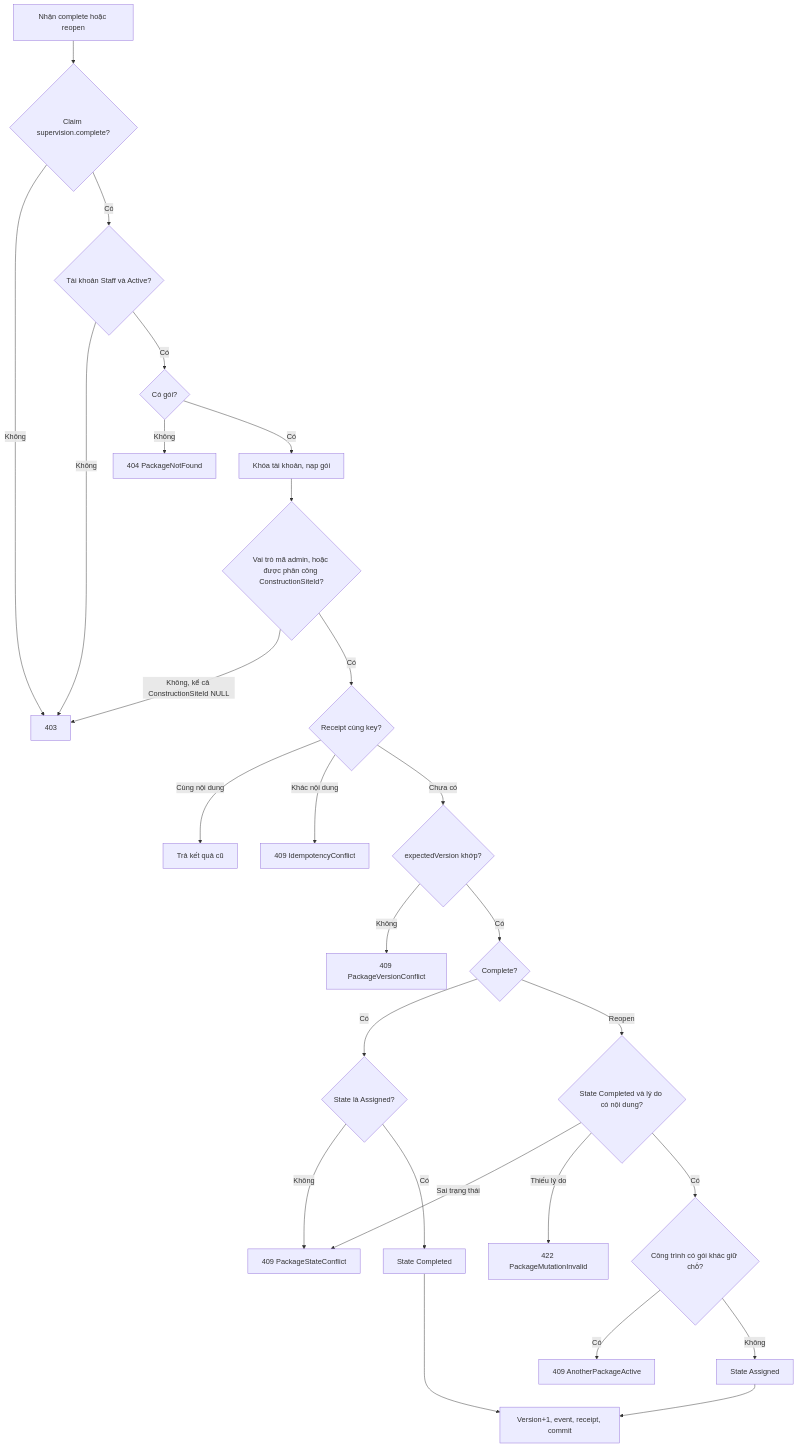
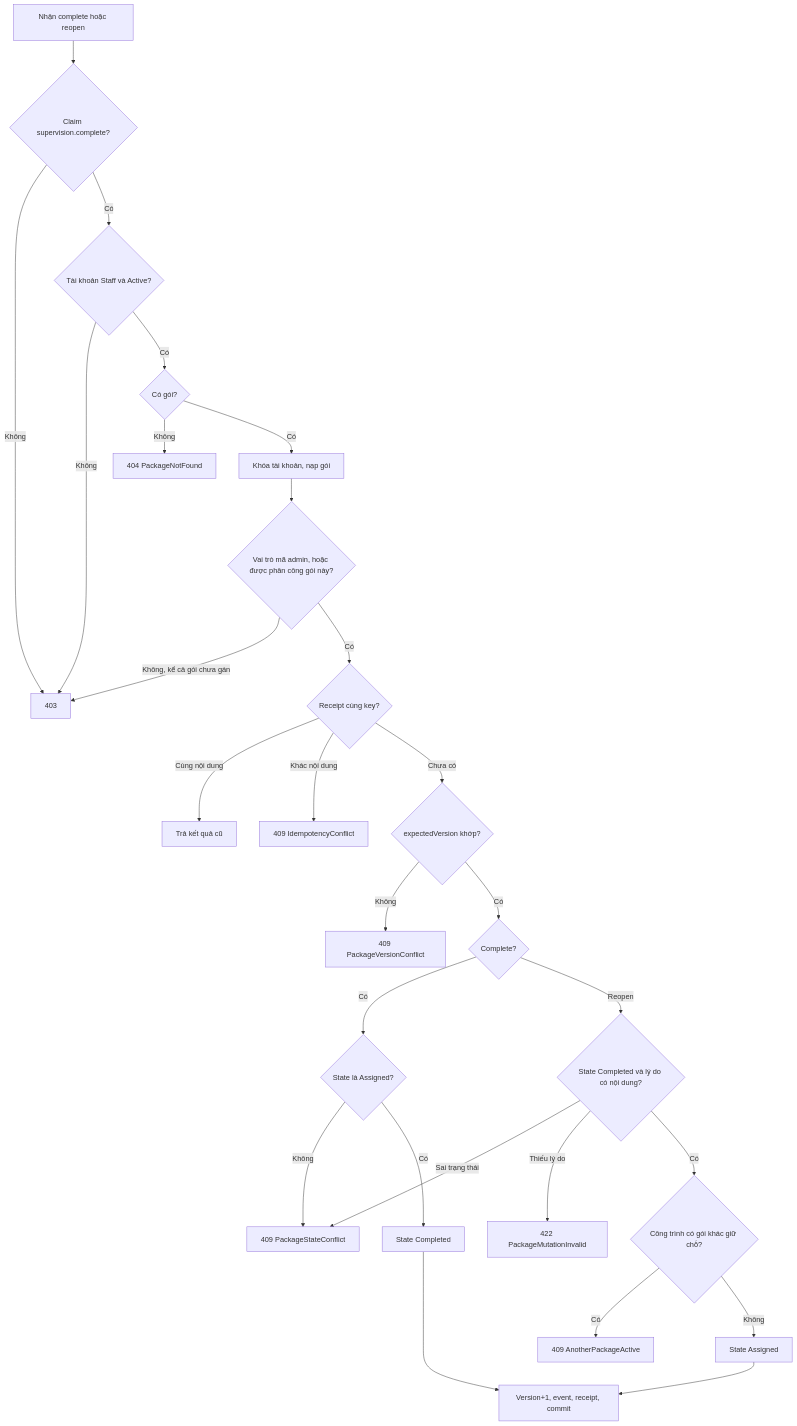
The third of 5 diagrams in tdd/TDD-SUB-006.md (TaskCoper/bmt-documentation), drawn with Mermaid before and after one commit. The commit also changed other lines of this file and 15 other files, not shown here.

````diff
--- a/tdd/TDD-SUB-006.md
+++ b/tdd/TDD-SUB-006.md
@@ -201,29 +202,29 @@
 ```mermaid
 flowchart TD
     A[Nhận complete hoặc reopen] --> B{Claim supervision.complete?}
     B -->|Không| X403[403]
     B -->|Có| C{Tài khoản Staff và Active?}
     C -->|Không| X403
     C -->|Có| D{Có gói?}
     D -->|Không| X404[404 PackageNotFound]
     D -->|Có| E[Khóa tài khoản, nạp gói]
-    E --> F{Vai trò mã admin, hoặc được phân công ConstructionSiteId?}
-    F -->|Không, kể cả ConstructionSiteId NULL| X403
+    E --> F{Vai trò mã admin, hoặc được phân công gói này?}
+    F -->|Không, kể cả gói chưa gán| X403
     F -->|Có| G{Receipt cùng key?}
     G -->|Cùng nội dung| R[Trả kết quả cũ]
     G -->|Khác nội dung| X409a[409 IdempotencyConflict]
     G -->|Chưa có| H{expectedVersion khớp?}
     H -->|Không| X409b[409 PackageVersionConflict]
     H -->|Có| I{Complete?}
     I -->|Có| J{State là Assigned?}
     J -->|Không| X409c[409 PackageStateConflict]
     J -->|Có| M[State Completed]
     I -->|Reopen| K{State Completed và lý do có nội dung?}
     K -->|Sai trạng thái| X409c
     K -->|Thiếu lý do| X422[422 PackageMutationInvalid]
     K -->|Có| L{Công trình có gói khác giữ chỗ?}
     L -->|Có| X409d[409 AnotherPackageActive]
     L -->|Không| N[State Assigned]
     M --> W[Version+1, event, receipt, commit]
     N --> W
 ```
````
